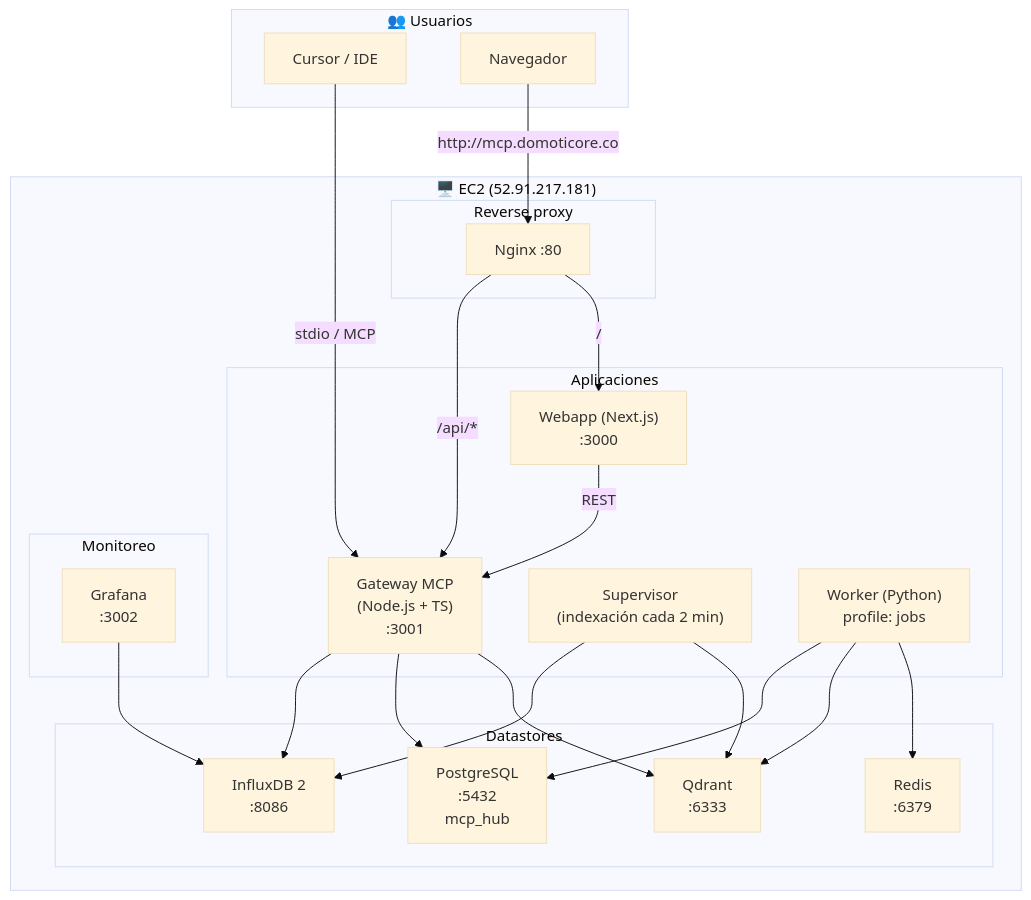
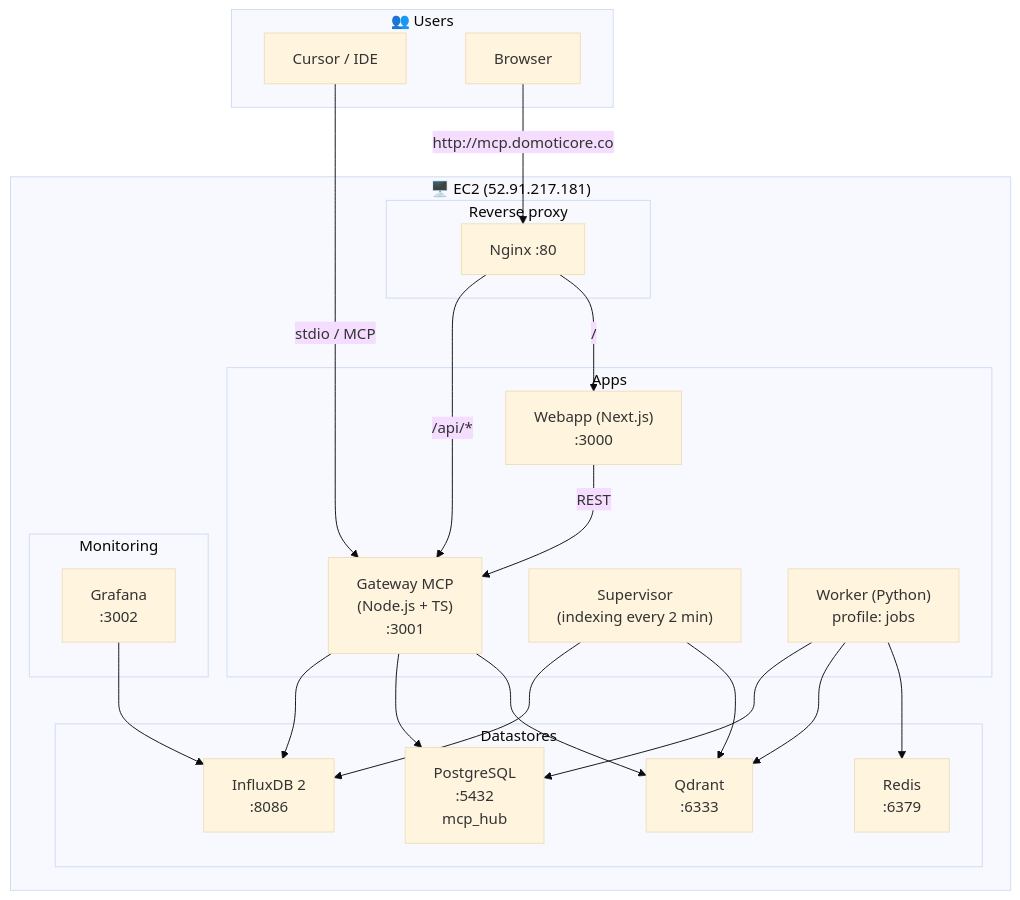
The first of 2 diagrams in docs/INFRAESTRUCTURA.md (gustavosinbandera/MCP-SERVER), drawn with Mermaid (base theme) before and after one commit. The commit also changed other lines of this file and 104 other files, not shown here.

````diff
--- a/docs/INFRAESTRUCTURA.md
+++ b/docs/INFRAESTRUCTURA.md
@@ -17,47 +17,47 @@
 ```mermaid
 flowchart TB
-    subgraph usuarios["👥 Usuarios"]
+    subgraph usuarios["👥 Users"]
         IDE["Cursor / IDE"]
-        Browser["Navegador"]
+        Browser["Browser"]
     end
 
     subgraph ec2["🖥️ EC2 (52.91.217.181)"]
         subgraph proxy["Reverse proxy"]
             Nginx["Nginx :80"]
         end
 
-        subgraph aplicaciones["Aplicaciones"]
+        subgraph aplicaciones["Apps"]
             Webapp["Webapp (Next.js)\n:3000"]
             Gateway["Gateway MCP\n(Node.js + TS)\n:3001"]
-            Supervisor["Supervisor\n(indexación cada 2 min)"]
+            Supervisor["Supervisor\n(indexing every 2 min)"]
             Worker["Worker (Python)\nprofile: jobs"]
         end
 
         subgraph datos["Datastores"]
             Postgres["PostgreSQL\n:5432\nmcp_hub"]
             Redis["Redis\n:6379"]
             Qdrant["Qdrant\n:6333"]
             InfluxDB["InfluxDB 2\n:8086"]
         end
 
-        subgraph monitoreo["Monitoreo"]
+        subgraph monitoreo["Monitoring"]
             Grafana["Grafana\n:3002"]
         end
     end
 
     IDE -->|"stdio / MCP"| Gateway
     Browser -->|"http://mcp.domoticore.co"| Nginx
     Nginx -->|"/"| Webapp
     Nginx -->|"/api/*"| Gateway
 
     Webapp -->|"REST"| Gateway
     Gateway --> Qdrant
     Gateway --> Postgres
     Gateway --> InfluxDB
     Supervisor --> Qdrant
     Supervisor --> InfluxDB
     Worker --> Redis
     Worker --> Qdrant
     Worker --> Postgres
     Grafana --> InfluxDB
 ```
````
